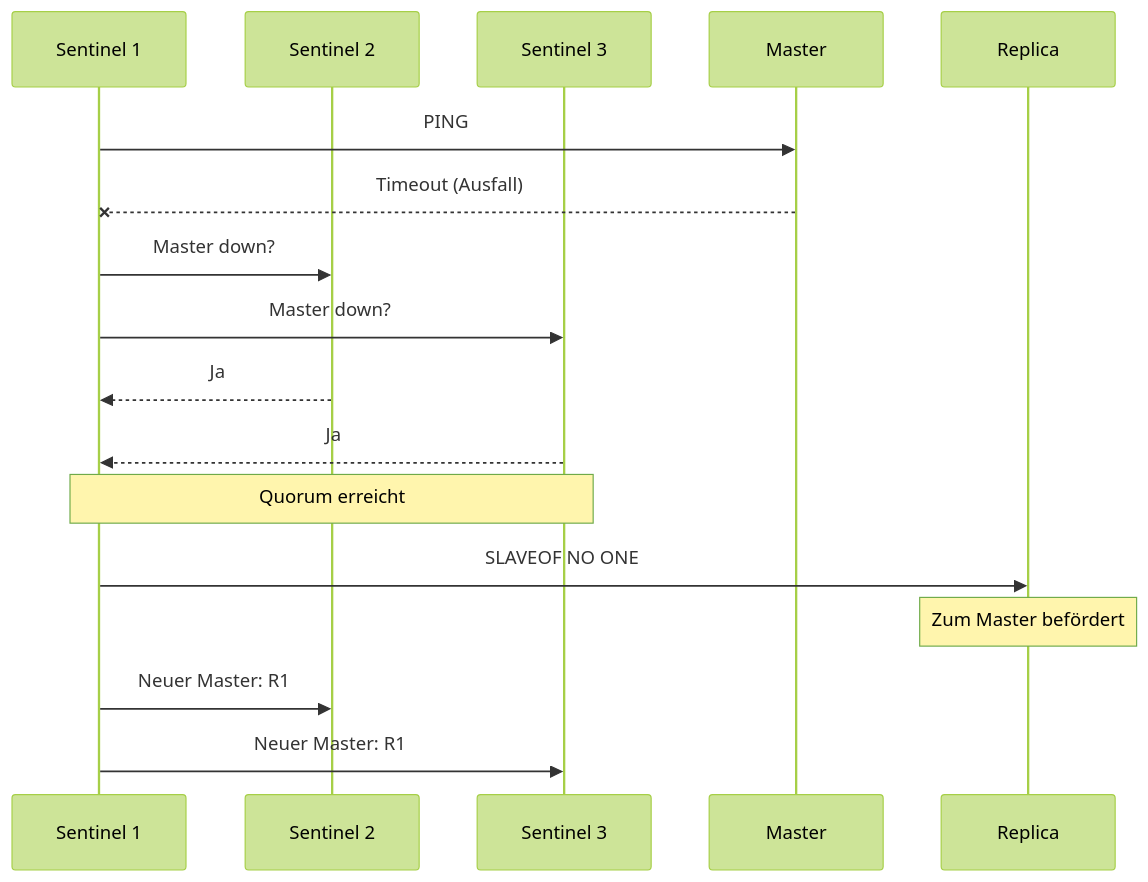
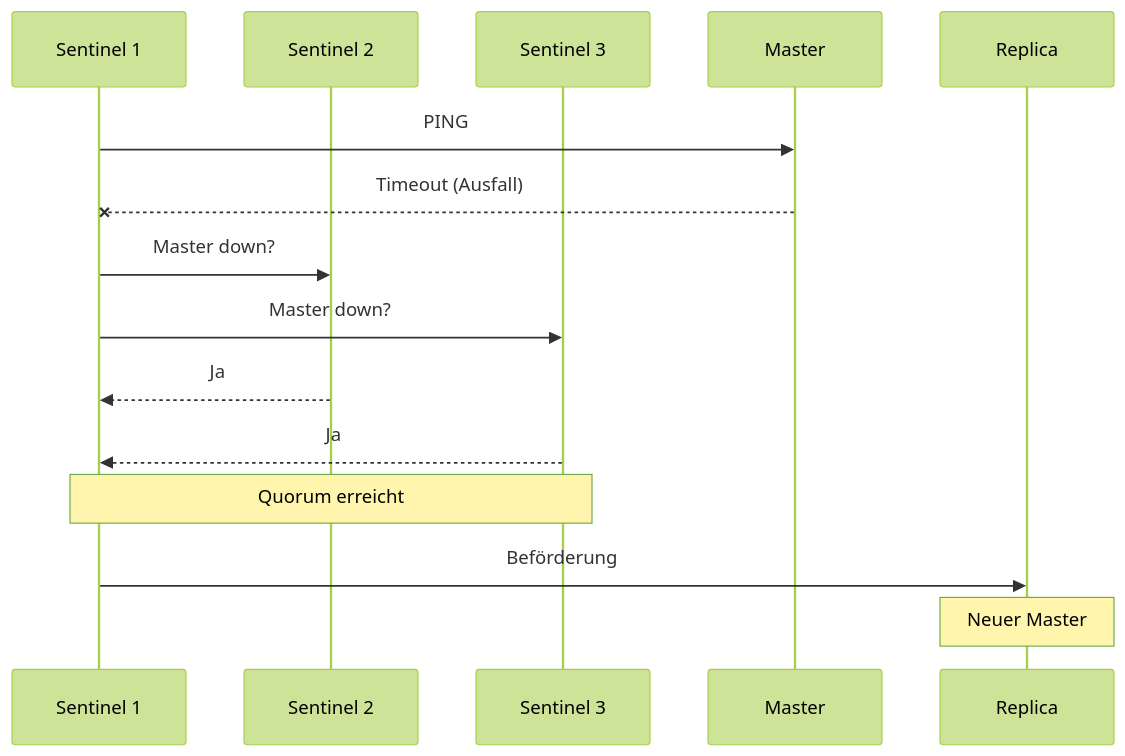
Before and after one commit to HidoraSwiss/hikube-public-doc: the second of 2 diagrams in i18n/de/docusaurus-plugin-content-docs/current/services/databases/redis/concepts.md, drawn with Mermaid (forest theme). The commit also changed other lines of this file and 148 other files, not shown here.

````diff
--- a/i18n/de/docusaurus-plugin-content-docs/current/services/databases/redis/concepts.md
+++ b/i18n/de/docusaurus-plugin-content-docs/current/services/databases/redis/concepts.md
@@ -86,20 +64,18 @@
 ```mermaid
 sequenceDiagram
     participant S1 as Sentinel 1
     participant S2 as Sentinel 2
     participant S3 as Sentinel 3
     participant M as Master
     participant R1 as Replica
 
     S1->>M: PING
     M--xS1: Timeout (Ausfall)
     S1->>S2: Master down?
     S1->>S3: Master down?
     S2-->>S1: Ja
     S3-->>S1: Ja
     Note over S1,S3: Quorum erreicht
-    S1->>R1: SLAVEOF NO ONE
-    Note over R1: Zum Master befördert
-    S1->>S2: Neuer Master: R1
-    S1->>S3: Neuer Master: R1
+    S1->>R1: Beförderung
+    Note over R1: Neuer Master
 ```
````
